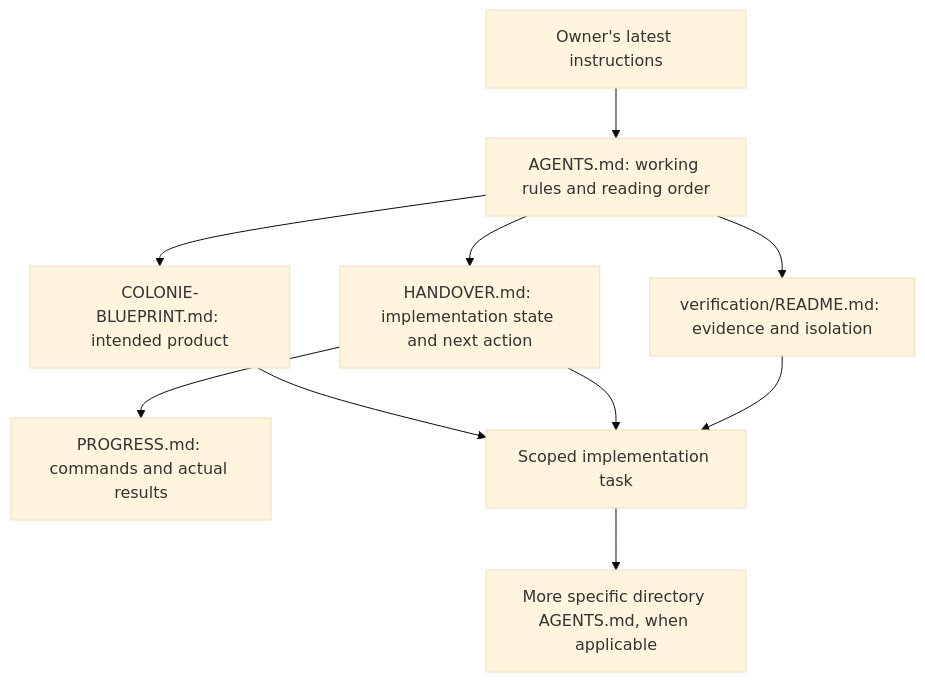
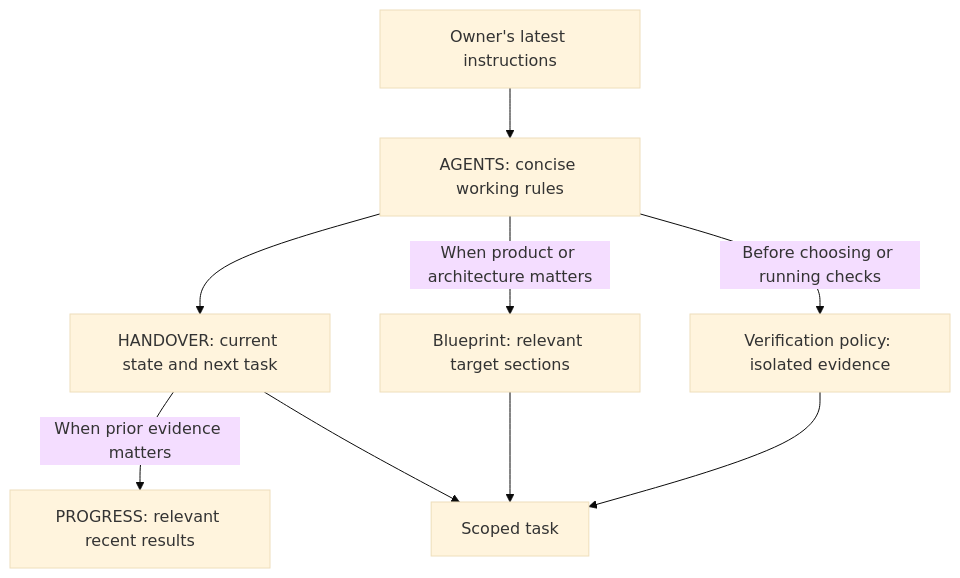
Before and after one commit to hanifstudio/colonie: the fourth of 4 diagrams in docs/COLONIE-BLUEPRINT.md, drawn with Mermaid (base theme). The commit also changed other lines of this file and 245 other files, not shown here.

````diff
--- a/docs/COLONIE-BLUEPRINT.md
+++ b/docs/COLONIE-BLUEPRINT.md
@@ -500,12 +642,11 @@
 ```mermaid
 flowchart TD
-    O[Owner's latest instructions] --> A[AGENTS.md: working rules and reading order]
-    A --> B[COLONIE-BLUEPRINT.md: intended product]
-    A --> H[HANDOVER.md: implementation state and next action]
-    A --> V[verification/README.md: evidence and isolation]
-    H --> P[PROGRESS.md: commands and actual results]
-    B --> I[Scoped implementation task]
-    H --> I
-    V --> I
-    I --> N[More specific directory AGENTS.md, when applicable]
+    O[Owner's latest instructions] --> A[AGENTS: concise working rules]
+    A --> H[HANDOVER: current state and next task]
+    A -->|When product or architecture matters| B[Blueprint: relevant target sections]
+    A -->|Before choosing or running checks| V[Verification policy: isolated evidence]
+    H -->|When prior evidence matters| P[PROGRESS: relevant recent results]
+    H --> T[Scoped task]
+    B --> T
+    V --> T
 ```
````
